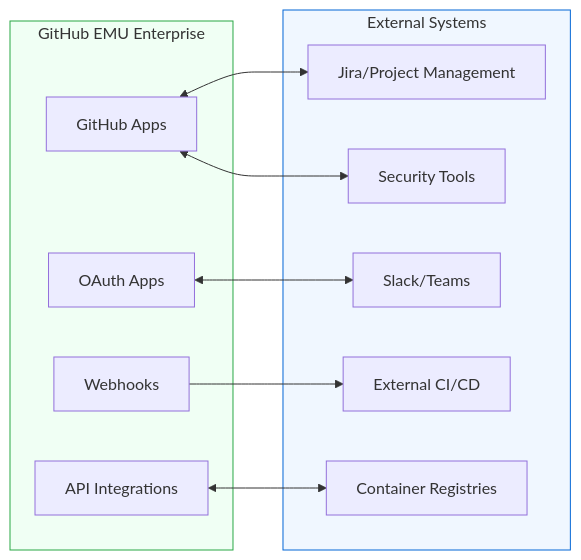
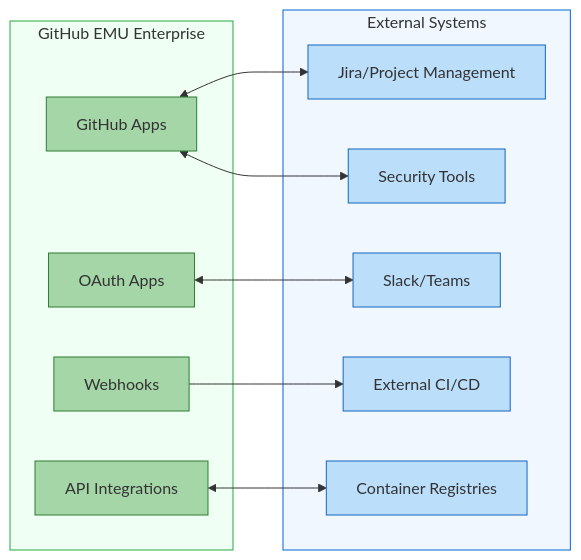
Before and after one commit to jmassardo/jmassardo.github.io: the eighth of 11 diagrams in _posts/2026-01-14-migrating-to-github-enterprise-managed-users.md, drawn with Mermaid. The commit also changed other lines of this file and 12 other files, not shown here.

````diff
--- a/_posts/2026-01-14-migrating-to-github-enterprise-managed-users.md
+++ b/_posts/2026-01-14-migrating-to-github-enterprise-managed-users.md
@@ -1030,26 +1066,35 @@
 ```mermaid
 flowchart LR
     subgraph GitHub["GitHub EMU Enterprise"]
         GHA["GitHub Apps"]
         OA["OAuth Apps"]
         WH["Webhooks"]
         API["API Integrations"]
     end
     
     subgraph External["External Systems"]
         JIRA["Jira/Project Management"]
         SLACK["Slack/Teams"]
         CI["External CI/CD"]
         SEC["Security Tools"]
         DOCK["Container Registries"]
     end
     
     GHA <--> JIRA
     GHA <--> SEC
     OA <--> SLACK
     WH --> CI
     API <--> DOCK
     
-    style GitHub fill:#f0fff4,stroke:#28a745
-    style External fill:#f0f7ff,stroke:#0366d6
+    style GitHub fill:#f0fff4,stroke:#28a745,color:#333
+    style External fill:#f0f7ff,stroke:#0366d6,color:#333
+    style GHA fill:#a5d6a7,stroke:#2e7d32,color:#333
+    style OA fill:#a5d6a7,stroke:#2e7d32,color:#333
+    style WH fill:#a5d6a7,stroke:#2e7d32,color:#333
+    style API fill:#a5d6a7,stroke:#2e7d32,color:#333
+    style JIRA fill:#bbdefb,stroke:#1565c0,color:#333
+    style SLACK fill:#bbdefb,stroke:#1565c0,color:#333
+    style CI fill:#bbdefb,stroke:#1565c0,color:#333
+    style SEC fill:#bbdefb,stroke:#1565c0,color:#333
+    style DOCK fill:#bbdefb,stroke:#1565c0,color:#333
 ```
````
